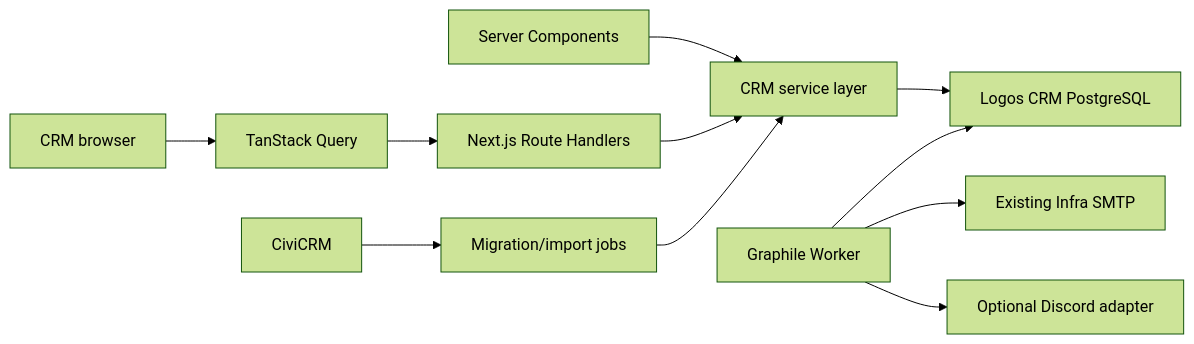
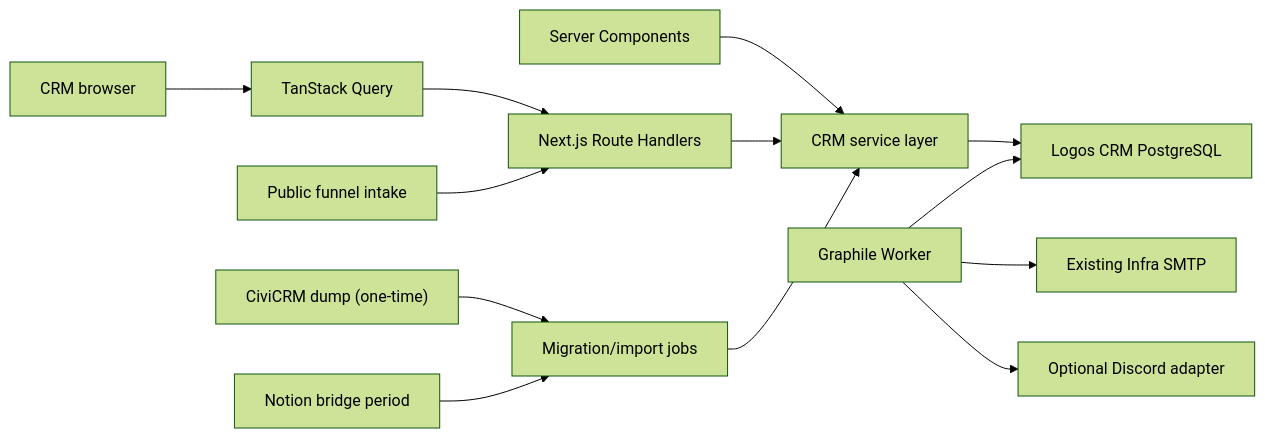
Before and after one commit to logos-co/logos-web: the diagram in apps/logos-crm/docs/architecture.md, drawn with Mermaid (forest theme). The commit also changed other lines of this file and 3 other files, not shown here.

````diff
--- a/apps/logos-crm/docs/architecture.md
+++ b/apps/logos-crm/docs/architecture.md
@@ -116,13 +118,15 @@
 ```mermaid
 flowchart LR
     Browser["CRM browser"] --> Query["TanStack Query"]
     Query --> API["Next.js Route Handlers"]
     RSC["Server Components"] --> Services["CRM service layer"]
     API --> Services
     Services --> DB["Logos CRM PostgreSQL"]
     Worker["Graphile Worker"] --> DB
     Worker --> Email["Existing Infra SMTP"]
     Worker --> Discord["Optional Discord adapter"]
+    Intake["Public funnel intake"] --> API
     Import["Migration/import jobs"] --> Services
-    Civi["CiviCRM"] --> Import
+    Civi["CiviCRM dump (one-time)"] --> Import
+    Notion["Notion bridge period"] --> Import
 ```
````
